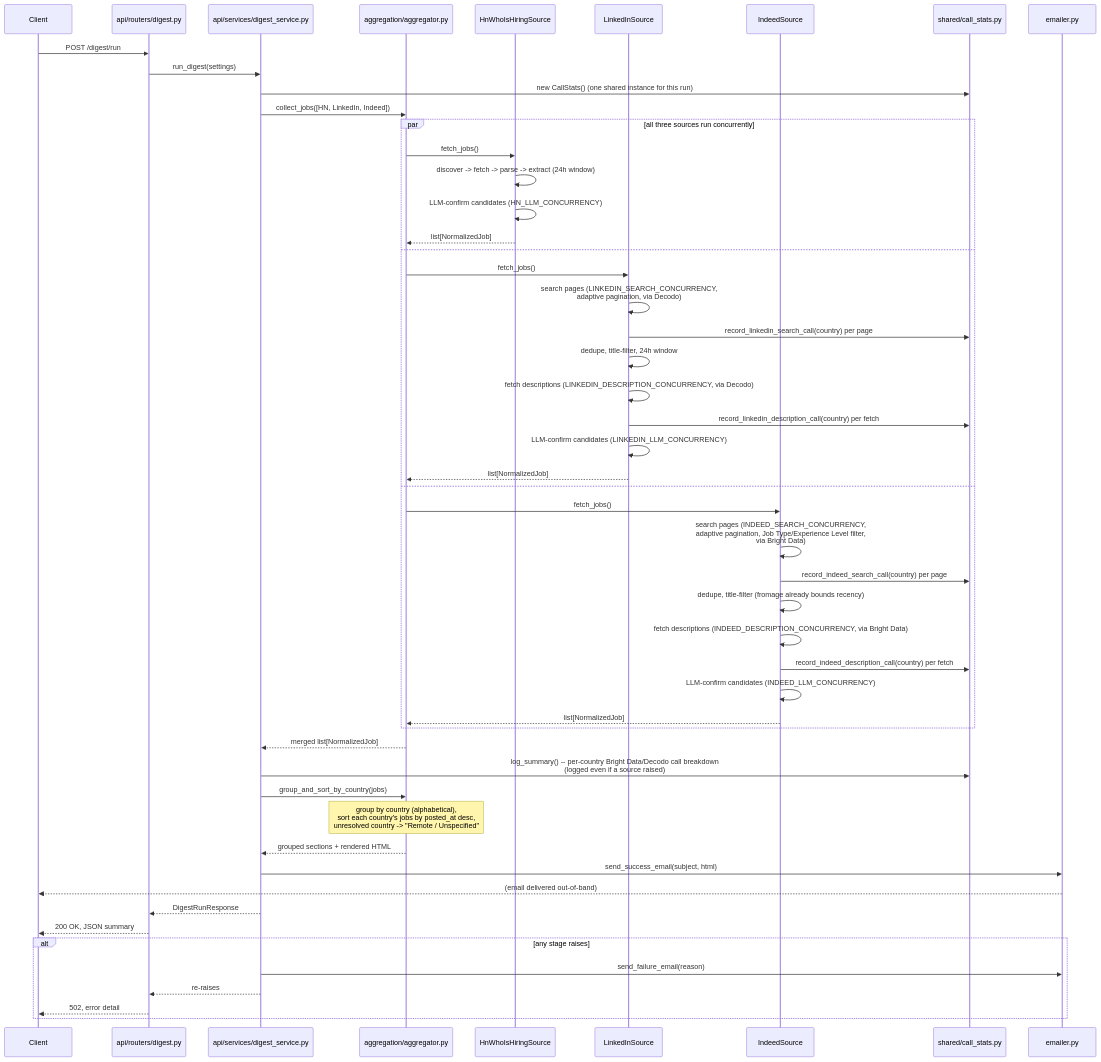
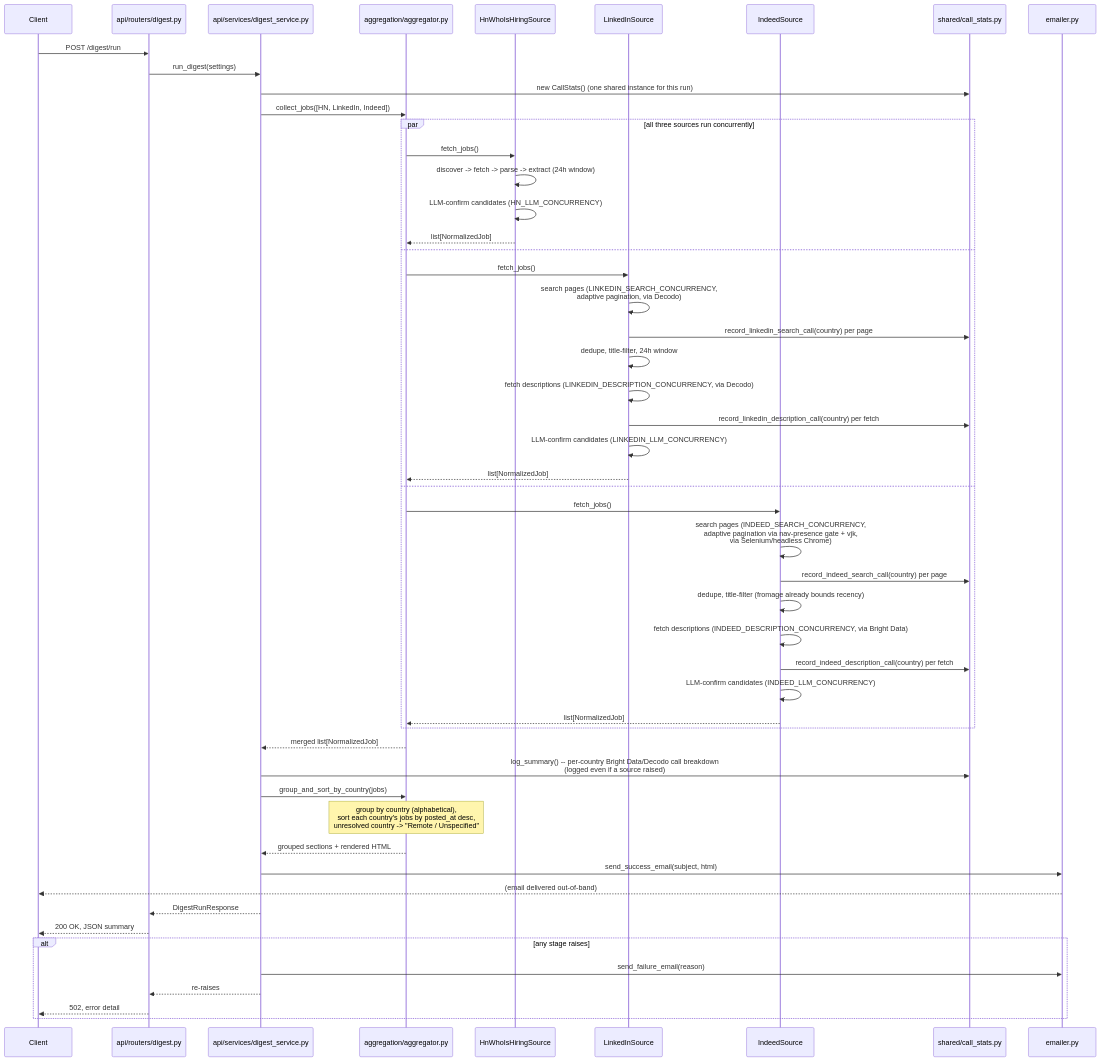
One commit to shubham-arora-18/visa_jobs_service changed the second of 2 diagrams in ARCHITECTURE.md. Above: the diagram before and after it, drawn with Mermaid. The commit also changed other lines of this file and 12 other files, not shown here.

First line of the commit message:
Switch Indeed search to Selenium; tighten visa-sponsorship LLM prompts

````diff
--- a/ARCHITECTURE.md
+++ b/ARCHITECTURE.md
@@ -108,56 +108,56 @@
 ```mermaid
 sequenceDiagram
     participant Client
     participant Router as api/routers/digest.py
     participant Service as api/services/digest_service.py
     participant Agg as aggregation/aggregator.py
     participant HN as HnWhoIsHiringSource
     participant LI as LinkedInSource
     participant IN as IndeedSource
     participant Stats as shared/call_stats.py
     participant Mail as emailer.py
 
     Client->>Router: POST /digest/run
     Router->>Service: run_digest(settings)
     Service->>Stats: new CallStats() (one shared instance for this run)
     Service->>Agg: collect_jobs([HN, LinkedIn, Indeed])
     par all three sources run concurrently
         Agg->>HN: fetch_jobs()
         HN->>HN: discover -> fetch -> parse -> extract (24h window)
         HN->>HN: LLM-confirm candidates (HN_LLM_CONCURRENCY)
         HN-->>Agg: list[NormalizedJob]
     and
         Agg->>LI: fetch_jobs()
         LI->>LI: search pages (LINKEDIN_SEARCH_CONCURRENCY,<br/>adaptive pagination, via Decodo)
         LI->>Stats: record_linkedin_search_call(country) per page
         LI->>LI: dedupe, title-filter, 24h window
         LI->>LI: fetch descriptions (LINKEDIN_DESCRIPTION_CONCURRENCY, via Decodo)
         LI->>Stats: record_linkedin_description_call(country) per fetch
         LI->>LI: LLM-confirm candidates (LINKEDIN_LLM_CONCURRENCY)
         LI-->>Agg: list[NormalizedJob]
     and
         Agg->>IN: fetch_jobs()
-        IN->>IN: search pages (INDEED_SEARCH_CONCURRENCY,<br/>adaptive pagination, Job Type/Experience Level filter,<br/>via Bright Data)
+        IN->>IN: search pages (INDEED_SEARCH_CONCURRENCY,<br/>adaptive pagination via nav-presence gate + vjk,<br/>via Selenium/headless Chrome)
         IN->>Stats: record_indeed_search_call(country) per page
         IN->>IN: dedupe, title-filter (fromage already bounds recency)
         IN->>IN: fetch descriptions (INDEED_DESCRIPTION_CONCURRENCY, via Bright Data)
         IN->>Stats: record_indeed_description_call(country) per fetch
         IN->>IN: LLM-confirm candidates (INDEED_LLM_CONCURRENCY)
         IN-->>Agg: list[NormalizedJob]
     end
     Agg-->>Service: merged list[NormalizedJob]
     Service->>Stats: log_summary() -- per-country Bright Data/Decodo call breakdown<br/>(logged even if a source raised)
     Service->>Agg: group_and_sort_by_country(jobs)
     Note over Agg: group by country (alphabetical),<br/>sort each country's jobs by posted_at desc,<br/>unresolved country -> "Remote / Unspecified"
     Agg-->>Service: grouped sections + rendered HTML
     Service->>Mail: send_success_email(subject, html)
     Mail-->>Client: (email delivered out-of-band)
     Service-->>Router: DigestRunResponse
     Router-->>Client: 200 OK, JSON summary
 
     alt any stage raises
         Service->>Mail: send_failure_email(reason)
         Service-->>Router: re-raises
         Router-->>Client: 502, error detail
     end
 ```
````
